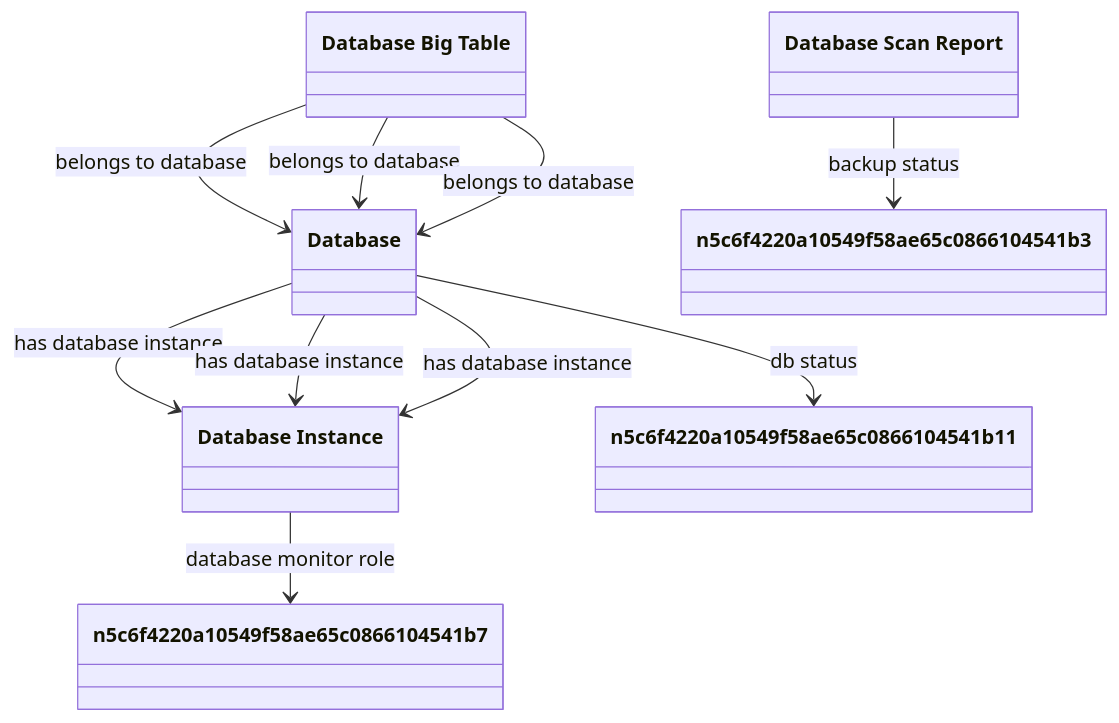
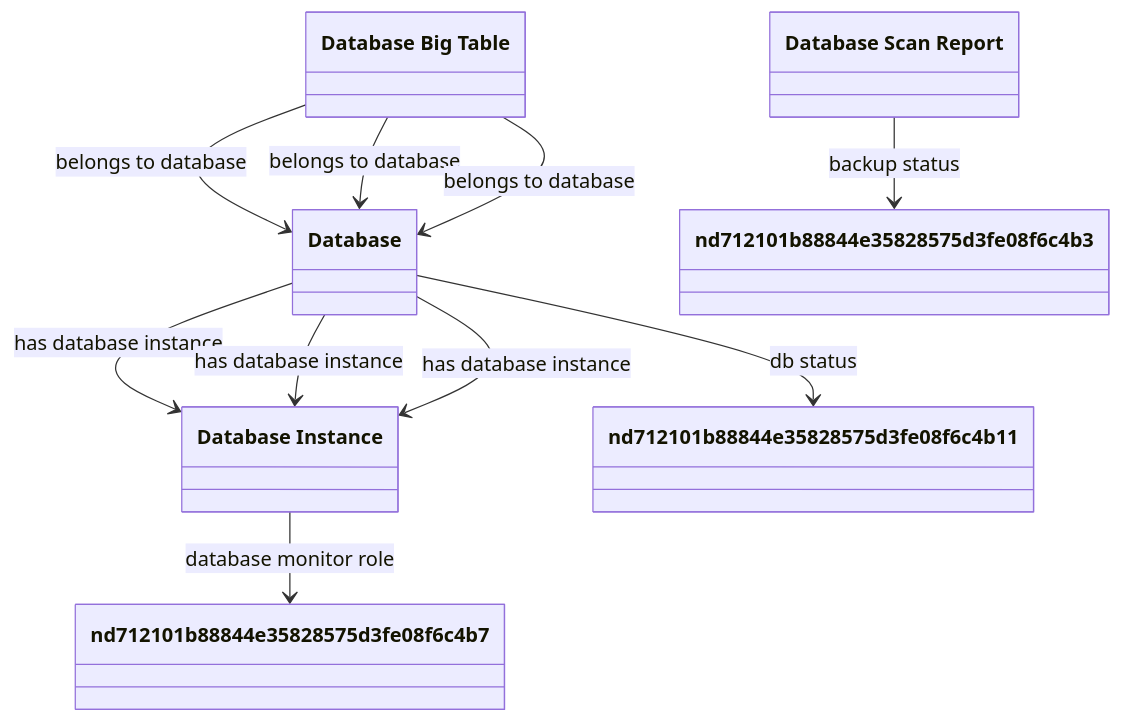
Before and after one commit to oeg-upm/Devos: the diagram in output/ieswc_freq/database.ttl-freq-7-0-hard.md, drawn with Mermaid. The commit also changed 267 other files, not shown here.

````diff
--- a/output/ieswc_freq/database.ttl-freq-7-0-hard.md
+++ b/output/ieswc_freq/database.ttl-freq-7-0-hard.md
@@ -1,53 +1,53 @@
 ```mermaid
 	classDiagram
 
     
     class `Database` {
     
     }
 
     class `Database Instance` {
     
     }
 
     class `Database Scan Report` {
     
     }
 
     class `Database Big Table` {
     
     }
 
-    class `n5c6f4220a10549f58ae65c0866104541b3` {
+    class `nd712101b88844e35828575d3fe08f6c4b3` {
     
     }
 
-    class `n5c6f4220a10549f58ae65c0866104541b7` {
+    class `nd712101b88844e35828575d3fe08f6c4b7` {
     
     }
 
-    class `n5c6f4220a10549f58ae65c0866104541b11` {
+    class `nd712101b88844e35828575d3fe08f6c4b11` {
     
     }
 
 
 
-`Database`  --> `n5c6f4220a10549f58ae65c0866104541b11`   :db status  
-
-`Database`  --> `Database Instance`   :has database instance  
-
 `Database Big Table`  --> `Database`   :belongs to database  
 
-`Database Scan Report`  --> `n5c6f4220a10549f58ae65c0866104541b3`   :backup status  
+`Database`  --> `nd712101b88844e35828575d3fe08f6c4b11`   :db status  
 
-`Database Instance`  --> `n5c6f4220a10549f58ae65c0866104541b7`   :database monitor role  
+`Database Scan Report`  --> `nd712101b88844e35828575d3fe08f6c4b3`   :backup status  
 
-`Database`  --> `Database Instance`   :has database instance  
+`Database Instance`  --> `nd712101b88844e35828575d3fe08f6c4b7`   :database monitor role  
 
 `Database`  --> `Database Instance`   :has database instance  
 
 `Database Big Table`  --> `Database`   :belongs to database  
 
 `Database Big Table`  --> `Database`   :belongs to database  
 
+`Database`  --> `Database Instance`   :has database instance  
+
+`Database`  --> `Database Instance`   :has database instance  
+
 ```
````
